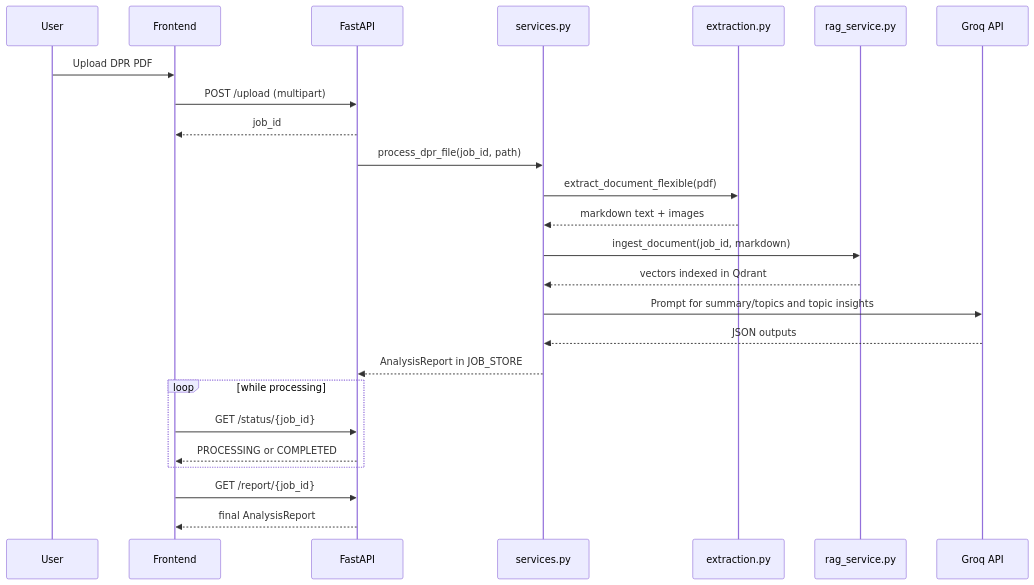
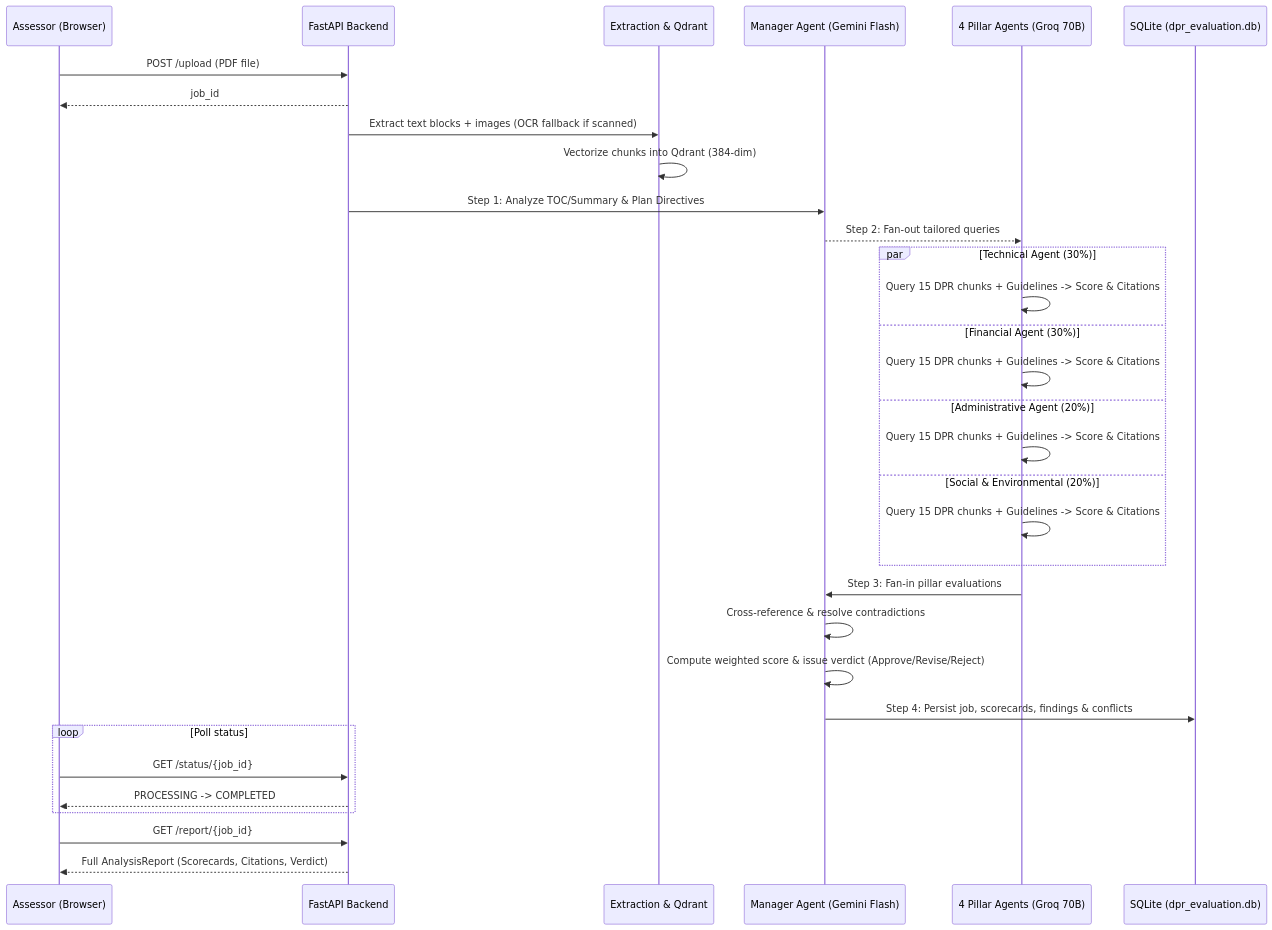
The second of 2 diagrams in DPR_new-main/DPR_new-main/PROJECT_OVERVIEW.md (Pushkar370/DPR_Evaluator), drawn with Mermaid before and after one commit. The commit also changed other lines of this file and 56 other files, not shown here.

First line of the commit message:
feat(multi-agent): implement 5-agent LangGraph system with Qdrant RAG and SQLite persistence

````diff
--- a/DPR_new-main/DPR_new-main/PROJECT_OVERVIEW.md
+++ b/DPR_new-main/DPR_new-main/PROJECT_OVERVIEW.md
@@ -76,32 +79,35 @@
 ```mermaid
 sequenceDiagram
-    participant U as User
-    participant F as Frontend
-    participant API as FastAPI
-    participant S as services.py
-    participant X as extraction.py
-    participant R as rag_service.py
-    participant G as Groq API
+    participant User as Assessor (Browser)
+    participant API as FastAPI Backend
+    participant Ingest as Extraction & Qdrant
+    participant Manager as Manager Agent (Gemini Flash)
+    participant Pillars as 4 Pillar Agents (Groq 70B)
+    participant DB as SQLite (dpr_evaluation.db)
 
-    U->>F: Upload DPR PDF
-    F->>API: POST /upload (multipart)
-    API-->>F: job_id
-    API->>S: process_dpr_file(job_id, path)
-
-    S->>X: extract_document_flexible(pdf)
-    X-->>S: markdown text + images
-
-    S->>R: ingest_document(job_id, markdown)
-    R-->>S: vectors indexed in Qdrant
-
-    S->>G: Prompt for summary/topics and topic insights
-    G-->>S: JSON outputs
-
-    S-->>API: AnalysisReport in JOB_STORE
-    loop while processing
-        F->>API: GET /status/{job_id}
-        API-->>F: PROCESSING or COMPLETED
+    User->>API: POST /upload (PDF file)
+    API-->>User: job_id
+    API->>Ingest: Extract text blocks + images (OCR fallback if scanned)
+    Ingest->>Ingest: Vectorize chunks into Qdrant (384-dim)
+    API->>Manager: Step 1: Analyze TOC/Summary & Plan Directives
+    Manager-->>Pillars: Step 2: Fan-out tailored queries
+    par Technical Agent (30%)
+        Pillars->>Pillars: Query 15 DPR chunks + Guidelines -> Score & Citations
+    and Financial Agent (30%)
+        Pillars->>Pillars: Query 15 DPR chunks + Guidelines -> Score & Citations
+    and Administrative Agent (20%)
+        Pillars->>Pillars: Query 15 DPR chunks + Guidelines -> Score & Citations
+    and Social & Environmental (20%)
+        Pillars->>Pillars: Query 15 DPR chunks + Guidelines -> Score & Citations
     end
-    F->>API: GET /report/{job_id}
-    API-->>F: final AnalysisReport
+    Pillars->>Manager: Step 3: Fan-in pillar evaluations
+    Manager->>Manager: Cross-reference & resolve contradictions
+    Manager->>Manager: Compute weighted score & issue verdict (Approve/Revise/Reject)
+    Manager->>DB: Step 4: Persist job, scorecards, findings & conflicts
+    loop Poll status
+        User->>API: GET /status/{job_id}
+        API-->>User: PROCESSING -> COMPLETED
+    end
+    User->>API: GET /report/{job_id}
+    API-->>User: Full AnalysisReport (Scorecards, Citations, Verdict)
 ```
````
